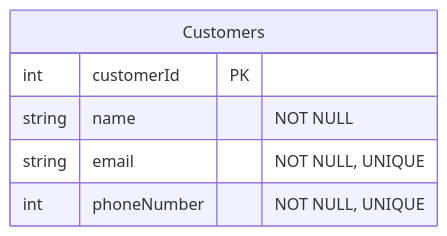
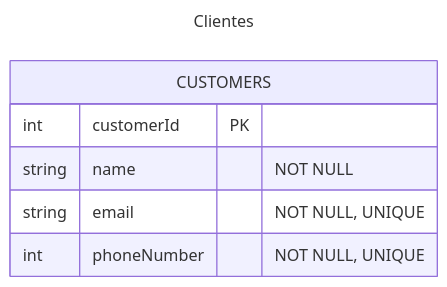
One commit to rosendocamal/homeworks changed diagram 24 of 30 in 4to-Cuatrimestre/fundamentos-base-datos/proyecto/proyecto.md. Above: the diagram before and after it, drawn with Mermaid. The commit also changed other lines of this file and 1 other file, not shown here.

````diff
--- a/4to-Cuatrimestre/fundamentos-base-datos/proyecto/proyecto.md
+++ b/4to-Cuatrimestre/fundamentos-base-datos/proyecto/proyecto.md
@@ -458,9 +473,12 @@
 ```mermaid
+---
+title: Clientes
+---
 erDiagram
-	Customers {
+	CUSTOMERS {
 		int customerId PK
 		string name "NOT NULL"
 		string email "NOT NULL, UNIQUE"
 		int phoneNumber "NOT NULL, UNIQUE"
 	}
 ```
````
